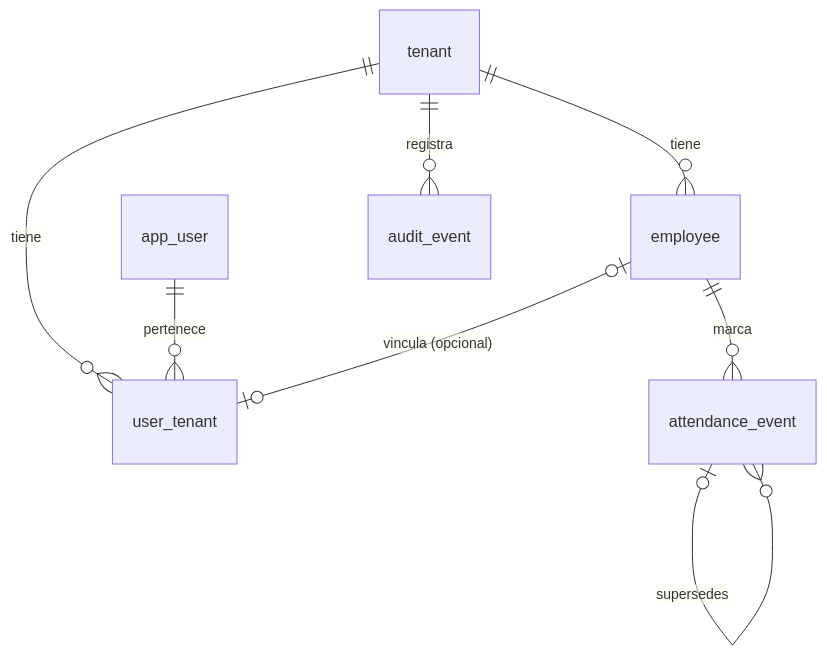
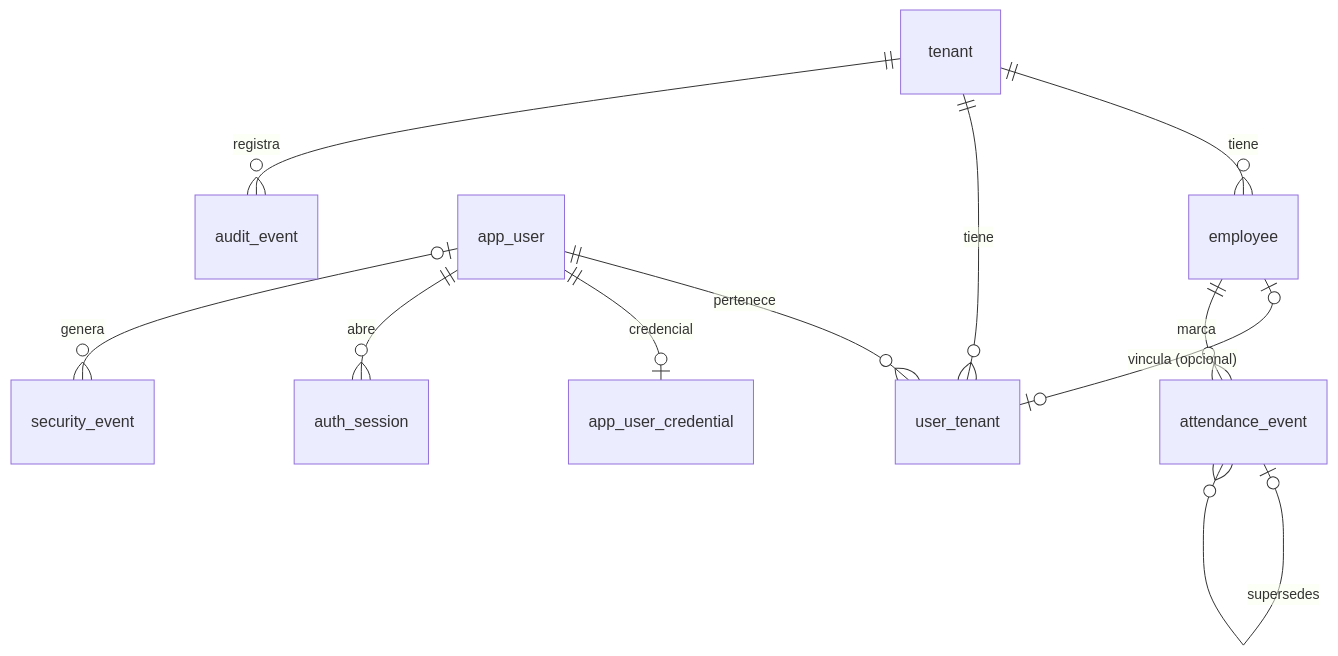
Before and after one commit to echucuan/puntuale: the diagram in docs/data-model/README.md, drawn with Mermaid. The commit also changed other lines of this file and 10 other files, not shown here.

````diff
--- a/docs/data-model/README.md
+++ b/docs/data-model/README.md
@@ -7,10 +7,13 @@
 ```mermaid
 erDiagram
   tenant ||--o{ employee : "tiene"
   tenant ||--o{ user_tenant : "tiene"
   app_user ||--o{ user_tenant : "pertenece"
   employee |o--o| user_tenant : "vincula (opcional)"
   employee ||--o{ attendance_event : "marca"
   attendance_event |o--o{ attendance_event : "supersedes"
   tenant ||--o{ audit_event : "registra"
+  app_user ||--o| app_user_credential : "credencial"
+  app_user ||--o{ auth_session : "abre"
+  app_user |o--o{ security_event : "genera"
 ```
````
